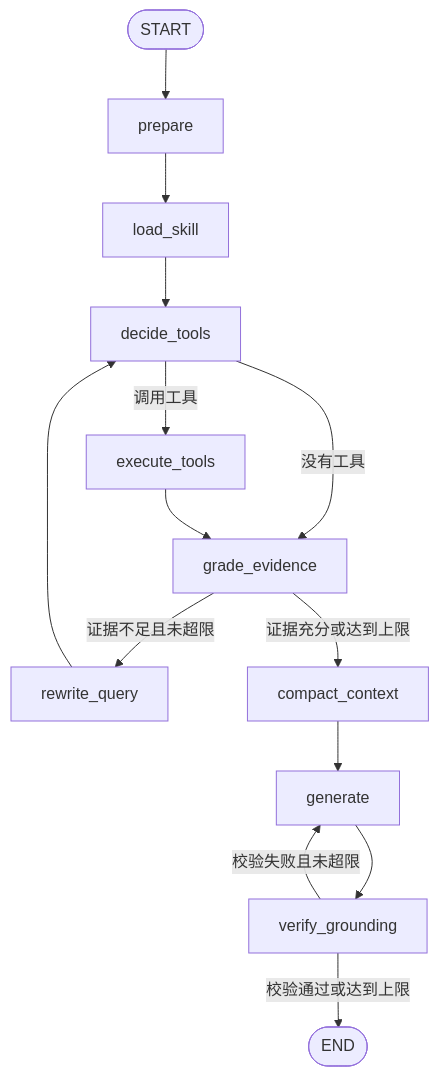
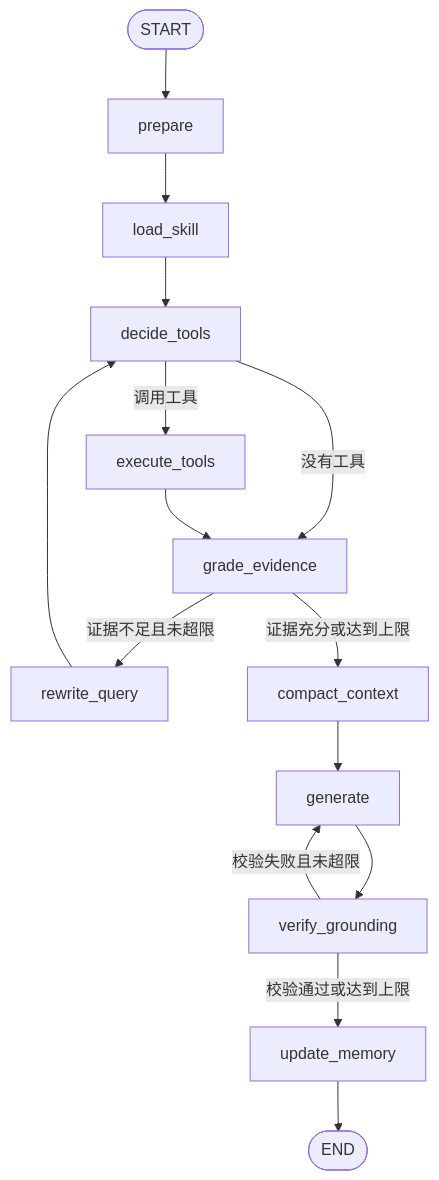
One commit to Leo8150/LawRAG changed the sixth of 8 diagrams in README.md. Above: the diagram before and after it, drawn with Mermaid. The commit also changed other lines of this file and 3 other files, not shown here.

Commit message:
add graphpoint

````diff
--- a/README.md
+++ b/README.md
@@ -779,19 +780,20 @@
 ```mermaid
 flowchart TD
     START([START]) --> PREPARE[prepare]
     PREPARE --> LOAD_SKILL[load_skill]
     LOAD_SKILL --> DECIDE_TOOLS[decide_tools]
 
     DECIDE_TOOLS -->|调用工具| EXECUTE_TOOLS[execute_tools]
     DECIDE_TOOLS -->|没有工具| GRADE_EVIDENCE[grade_evidence]
     EXECUTE_TOOLS --> GRADE_EVIDENCE
 
     GRADE_EVIDENCE -->|证据不足且未超限| REWRITE_QUERY[rewrite_query]
     REWRITE_QUERY --> DECIDE_TOOLS
     GRADE_EVIDENCE -->|证据充分或达到上限| COMPACT_CONTEXT[compact_context]
 
     COMPACT_CONTEXT --> GENERATE[generate]
     GENERATE --> VERIFY_GROUNDING[verify_grounding]
     VERIFY_GROUNDING -->|校验失败且未超限| GENERATE
-    VERIFY_GROUNDING -->|校验通过或达到上限| END([END])
+    VERIFY_GROUNDING -->|校验通过或达到上限| UPDATE_MEMORY[update_memory]
+    UPDATE_MEMORY --> END([END])
 ```
````
